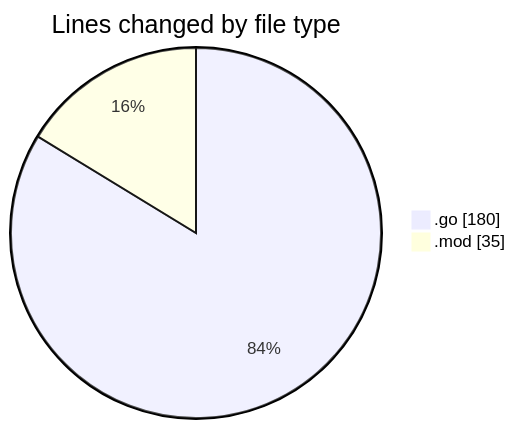
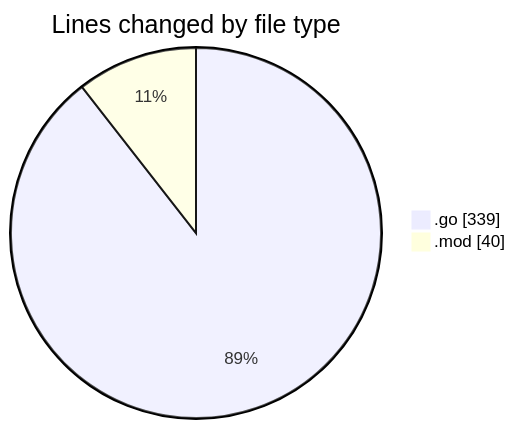
One commit to robertbonfada/code-tracking changed the first of 2 diagrams in 2025-02-07/test-rountines/README.md. Above: the diagram before and after it, drawn with Mermaid. The commit also changed other lines of this file and 1 other file, not shown here.

````diff
--- a/2025-02-07/test-rountines/README.md
+++ b/2025-02-07/test-rountines/README.md
@@ -21,6 +23,6 @@
 ```mermaid
 pie showData
 title Lines changed by file type
-".go" : 180
-".mod" : 35
+".go" : 339
+".mod" : 40
 ```
````
